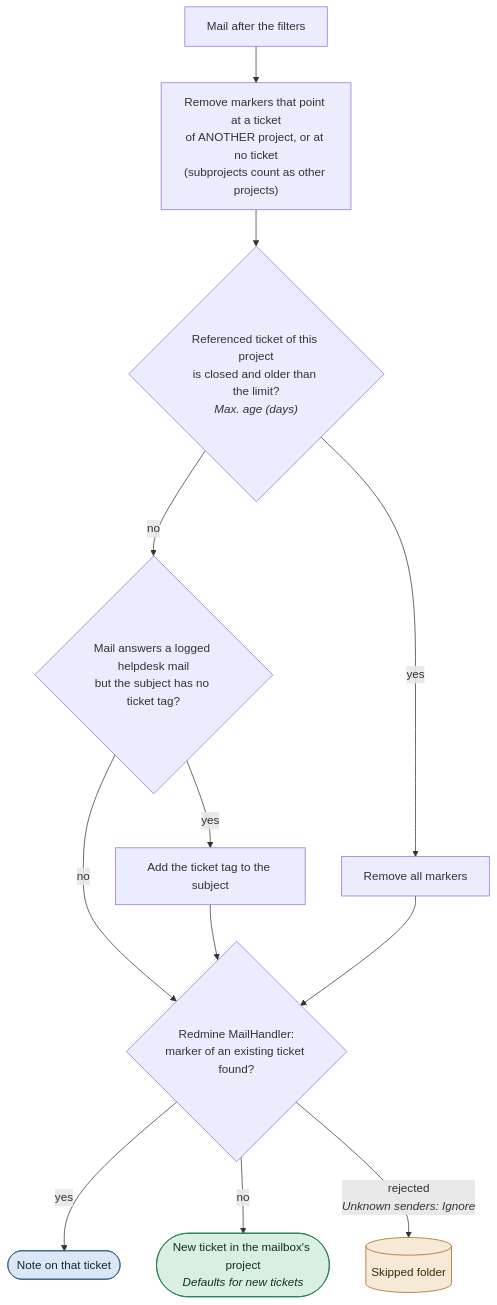
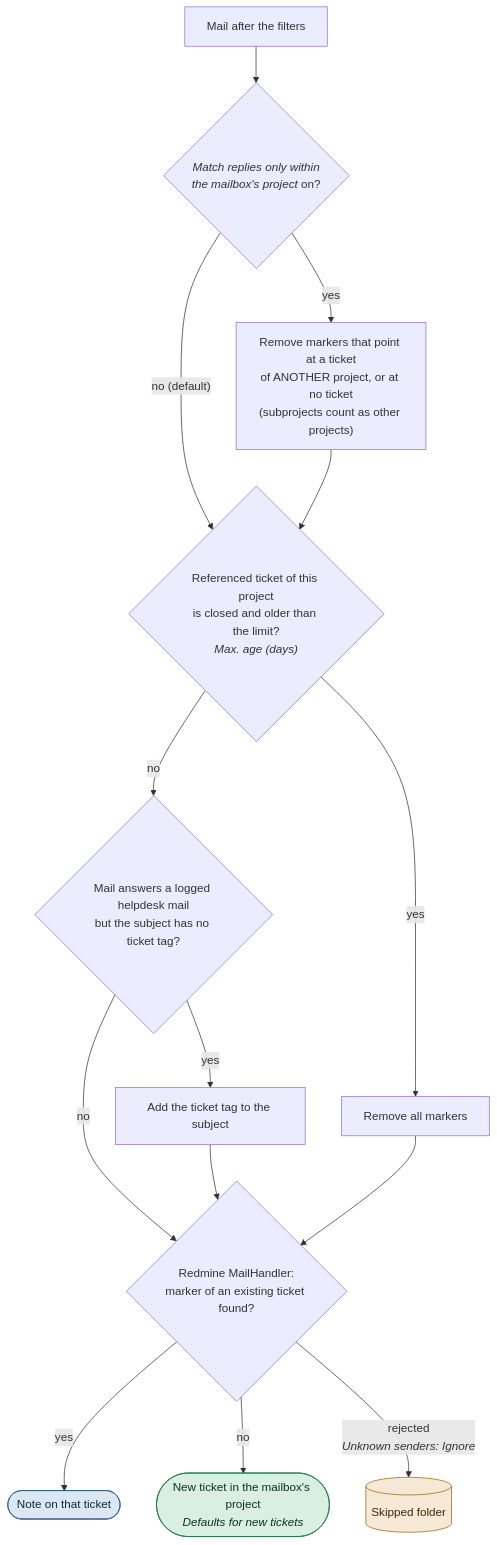
One commit to expertZentrale/redmine_expert_helpdesk changed the fifth of 9 diagrams in EMAIL_FLOW.md. Above: the diagram before and after it, drawn with Mermaid. The commit also changed other lines of this file and 15 other files, not shown here.

First line of the commit message:
feat: put project-scoped mail matching behind an experimental switch

````diff
--- a/EMAIL_FLOW.md
+++ b/EMAIL_FLOW.md
@@ -135,17 +135,19 @@
 ```mermaid
 flowchart TD
-  IN["Mail after the filters"] --> SC["Remove markers that point at a ticket<br/>of ANOTHER project, or at no ticket<br/>(subprojects count as other projects)"]
+  IN["Mail after the filters"] --> SW{"<i>Match replies only within<br/>the mailbox's project</i> on?"}
+  SW -- yes --> SC["Remove markers that point at a ticket<br/>of ANOTHER project, or at no ticket<br/>(subprojects count as other projects)"]
+  SW -- "no (default)" --> AGE
   SC --> AGE{"Referenced ticket of this project<br/>is closed and older than the limit?<br/><i>Max. age (days)</i>"}
   AGE -- yes --> STRIP["Remove all markers"]
   AGE -- no --> TAG{"Mail answers a logged helpdesk mail<br/>but the subject has no ticket tag?"}
   TAG -- yes --> ADD["Add the ticket tag to the subject"]
   TAG -- no --> MH
   ADD --> MH
   STRIP --> MH{"Redmine MailHandler:<br/>marker of an existing ticket found?"}
   MH -- yes --> RE([Note on that ticket]):::reply
   MH -- no --> NEW(["New ticket in the mailbox's project<br/><i>Defaults for new tickets</i>"]):::new
   MH -- "rejected<br/><i>Unknown senders: Ignore</i>" --> S[(Skipped folder)]:::skip
   classDef new fill:#d8efe1,stroke:#1f7a4d,color:#10301f
   classDef reply fill:#dbe7f5,stroke:#2f5d8a,color:#13283d
   classDef skip fill:#f6ead6,stroke:#9a6412,color:#3d2806
 ```
````
